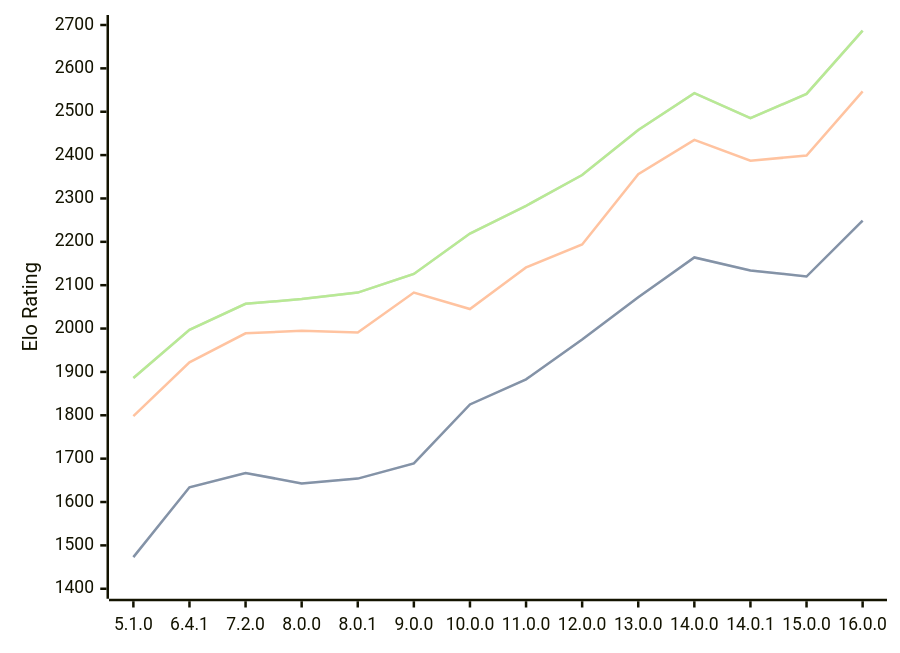
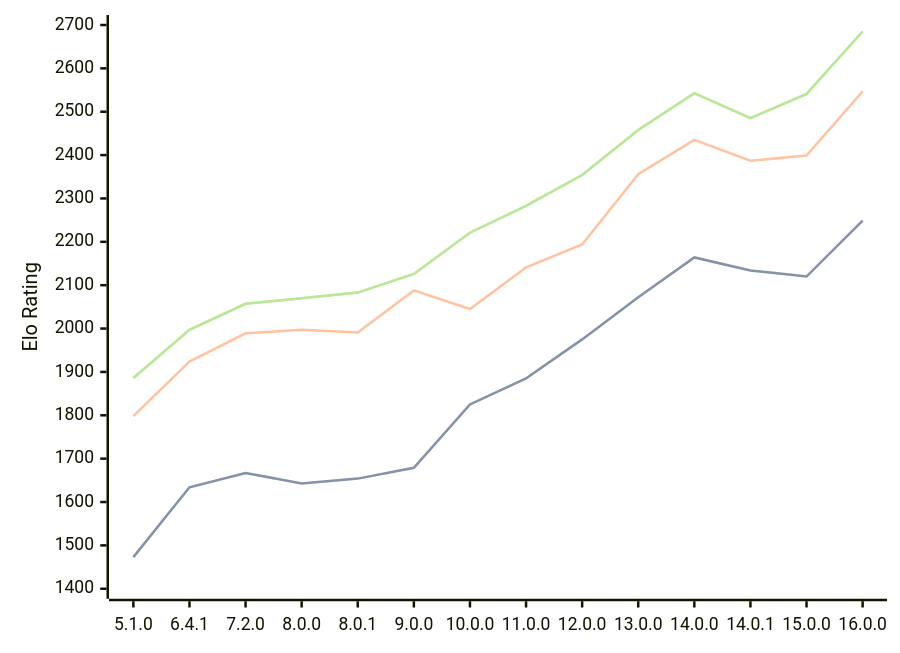
The diagram in engines/Cepimetheus.md (computer-chess-index/cci), drawn with Mermaid before and after one commit. The commit also changed other lines of this file, not shown here.

Commit message:
Update CCI Ratings (ELO VLTC) - 2026-09-12

````diff
--- a/engines/Cepimetheus.md
+++ b/engines/Cepimetheus.md
@@ -67,11 +67,11 @@
 ```mermaid
 %%{init: {"theme":"base","themeVariables":{"seriesColors:['#a3a3a3','#222221','#faa371']}}}%%
 xychart-beta
   x-axis ["5.1.0", "6.4.1", "7.2.0", "8.0.0", "8.0.1", "9.0.0", "10.0.0", "11.0.0", "12.0.0", "13.0.0", "14.0.0", "14.0.1", "15.0.0", "16.0.0"]
   y-axis "Elo Rating" 1400 --> 2700
-  line "" [1473, 1634, 1667, 1643, 1654, 1689, 1825, 1883, 1975, 2072, 2164, 2134, 2120, 2249]
-  line "STC (8.0+0.08s)" [1473, 1634, 1667, 1643, 1654, 1689, 1825, 1883, 1975, 2072, 2164, 2134, 2120, 2249]
-  line "LTC (60.0+0.60s)" [1798, 1922, 1989, 1995, 1991, 2083, 2045, 2141, 2194, 2356, 2435, 2387, 2399, 2547]
-  line "" [1886, 1997, 2057, 2068, 2083, 2126, 2219, 2283, 2354, 2458, 2543, 2485, 2541, 2687]
-  line "VLTC (2m24s+1.12s)" [1886, 1997, 2057, 2068, 2083, 2126, 2219, 2283, 2354, 2458, 2543, 2485, 2541, 2687]
+  line "" [1473, 1634, 1667, 1643, 1654, 1679, 1825, 1885, 1975, 2072, 2164, 2134, 2120, 2249]
+  line "STC (8.0+0.08s)" [1473, 1634, 1667, 1643, 1654, 1679, 1825, 1885, 1975, 2072, 2164, 2134, 2120, 2249]
+  line "LTC (60.0+0.60s)" [1798, 1924, 1989, 1997, 1991, 2088, 2045, 2141, 2194, 2356, 2435, 2387, 2399, 2547]
+  line "" [1886, 1997, 2057, 2070, 2083, 2126, 2221, 2283, 2354, 2458, 2543, 2485, 2541, 2685]
+  line "VLTC (2m24s+1.12s)" [1886, 1997, 2057, 2070, 2083, 2126, 2221, 2283, 2354, 2458, 2543, 2485, 2541, 2685]
 ```
````
